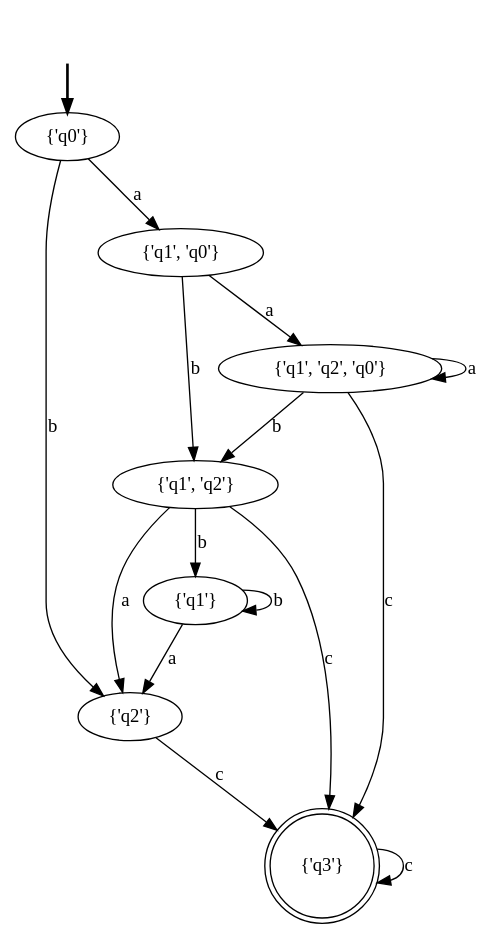
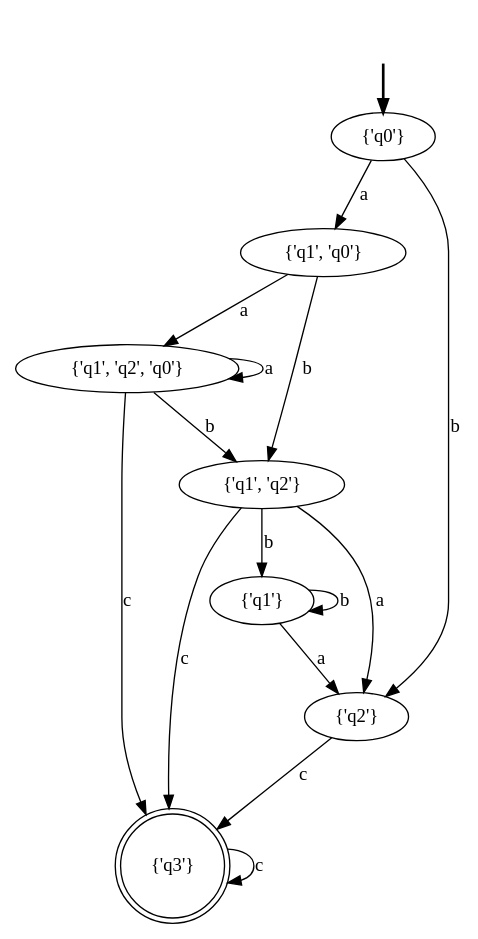
One commit to dcambur/FAF-191_LFPC changed the diagram in lab2/dfa.dot. Above: the diagram before and after it, drawn with Graphviz. The commit also changed other lines of this file and 7 other files, not shown here.

```diff
--- a/lab2/dfa.dot
+++ b/lab2/dfa.dot
@@ -1,25 +1,25 @@
 digraph {
 	fake [style=invisible]
-	"{'q2'}"
-	"{'q0'}" [root=true]
 	"{'q1', 'q0'}"
 	"{'q1'}"
+	"{'q0'}" [root=true]
+	"{'q2'}"
+	"{'q1', 'q2'}"
+	"{'q3'}" [shape=doublecircle]
 	"{'q1', 'q2', 'q0'}"
-	"{'q3'}" [shape=doublecircle]
-	"{'q1', 'q2'}"
 	fake -> "{'q0'}" [style=bold]
 	"{'q0'}" -> "{'q1', 'q0'}" [label=a]
 	"{'q0'}" -> "{'q2'}" [label=b]
 	"{'q1', 'q0'}" -> "{'q1', 'q2', 'q0'}" [label=a]
 	"{'q1', 'q0'}" -> "{'q1', 'q2'}" [label=b]
 	"{'q2'}" -> "{'q3'}" [label=c]
 	"{'q1', 'q2', 'q0'}" -> "{'q1', 'q2', 'q0'}" [label=a]
+	"{'q1', 'q2', 'q0'}" -> "{'q3'}" [label=c]
 	"{'q1', 'q2', 'q0'}" -> "{'q1', 'q2'}" [label=b]
-	"{'q1', 'q2', 'q0'}" -> "{'q3'}" [label=c]
 	"{'q1', 'q2'}" -> "{'q2'}" [label=a]
+	"{'q1', 'q2'}" -> "{'q3'}" [label=c]
 	"{'q1', 'q2'}" -> "{'q1'}" [label=b]
-	"{'q1', 'q2'}" -> "{'q3'}" [label=c]
 	"{'q3'}" -> "{'q3'}" [label=c]
 	"{'q1'}" -> "{'q2'}" [label=a]
 	"{'q1'}" -> "{'q1'}" [label=b]
 }
```
